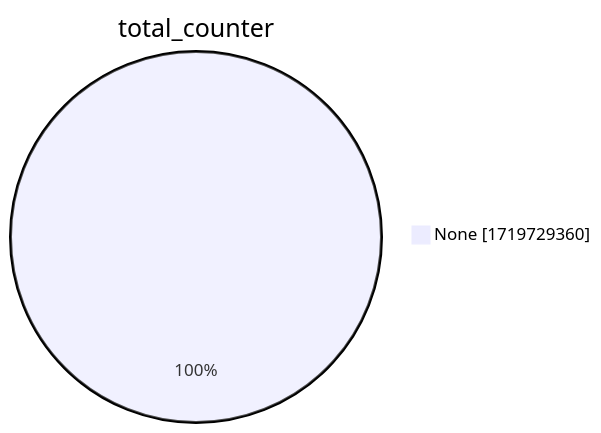
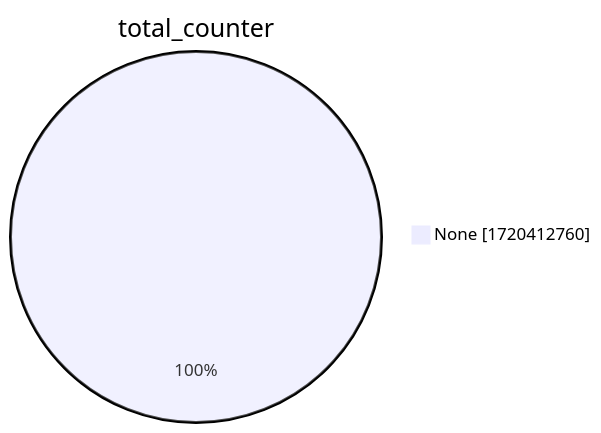
Before and after one commit to christiankrug/ctmonitor_visualization: the second of 15 diagrams in xenon2022/README.md, drawn with Mermaid. The commit also changed other lines of this file, not shown here.

````diff
--- a/xenon2022/README.md
+++ b/xenon2022/README.md
@@ -9,5 +9,5 @@
 ```mermaid
 pie showData
 title total_counter
-"None" :1719729360
+"None" :1720412760
 ```
````
